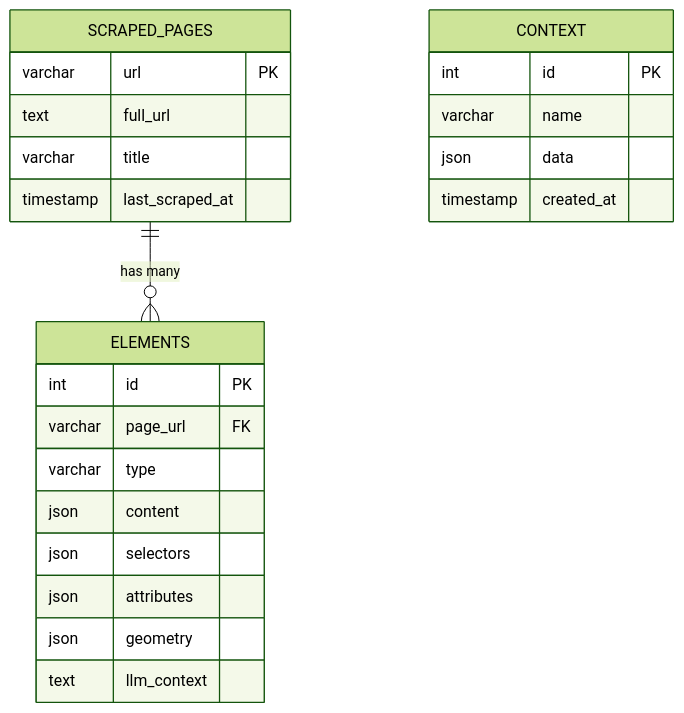
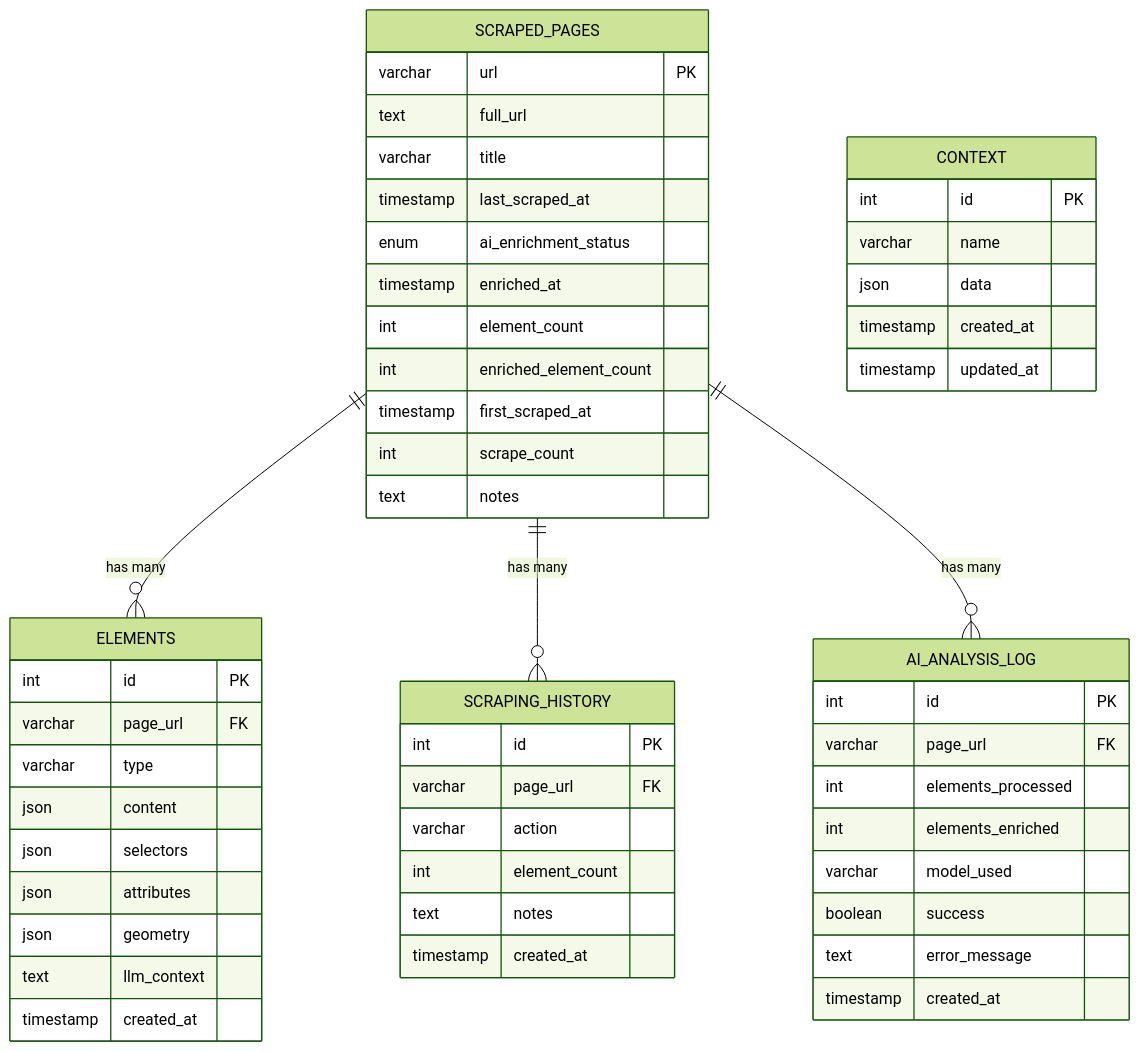
Before and after one commit to alikhan37544/InteractGenxSRM-1: the third of 4 diagrams in .qoder/repowiki/en/content/Database Schema.md, drawn with Mermaid (forest theme). The commit also changed other lines of this file and 6645 other files, not shown here.

````diff
--- a/.qoder/repowiki/en/content/Database Schema.md
+++ b/.qoder/repowiki/en/content/Database Schema.md
@@ -132,26 +152,55 @@
 ```mermaid
 erDiagram
 SCRAPED_PAGES {
 varchar url PK
 text full_url
 varchar title
 timestamp last_scraped_at
+enum ai_enrichment_status
+timestamp enriched_at
+int element_count
+int enriched_element_count
+timestamp first_scraped_at
+int scrape_count
+text notes
 }
 ELEMENTS {
 int id PK
 varchar page_url FK
 varchar type
 json content
 json selectors
 json attributes
 json geometry
 text llm_context
+timestamp created_at
 }
 CONTEXT {
 int id PK
 varchar name
 json data
 timestamp created_at
+timestamp updated_at
+}
+SCRAPING_HISTORY {
+int id PK
+varchar page_url FK
+varchar action
+int element_count
+text notes
+timestamp created_at
+}
+AI_ANALYSIS_LOG {
+int id PK
+varchar page_url FK
+int elements_processed
+int elements_enriched
+varchar model_used
+boolean success
+text error_message
+timestamp created_at
 }
 SCRAPED_PAGES ||--o{ ELEMENTS : "has many"
+SCRAPED_PAGES ||--o{ SCRAPING_HISTORY : "has many"
+SCRAPED_PAGES ||--o{ AI_ANALYSIS_LOG : "has many"
 ```
````
